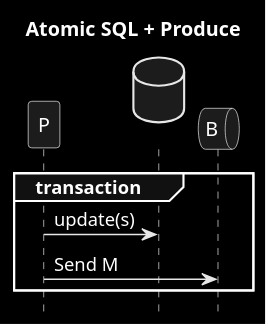
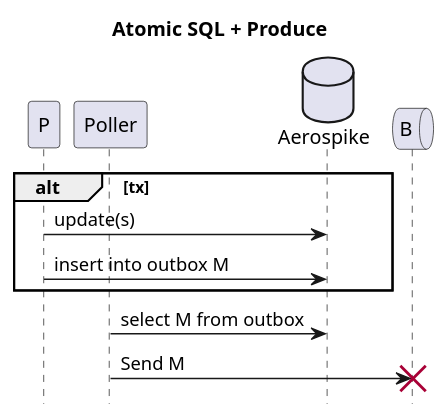
The diagram in patterns/5_dual_db_m.puml (victorrentea/kafka), drawn with PlantUML before and after one commit. The commit also changed other lines of this file and 25 other files, not shown here.

```diff
--- a/patterns/5_dual_db_m.puml
+++ b/patterns/5_dual_db_m.puml
@@ -1,12 +1,13 @@
 @startuml
 title Atomic SQL + Produce
 hide footbox
-skinparam monochrome reverse
-database " " as DB order 9
+database "Aerospike" as DB order 9
 queue B order 10
 
-group transaction
+alt tx
     P->DB: update(s)
-    P->B: Send M
+    P->DB: insert into outbox M
 end
+Poller->DB: select M from outbox
+Poller->B!!: Send M
 @enduml
```
